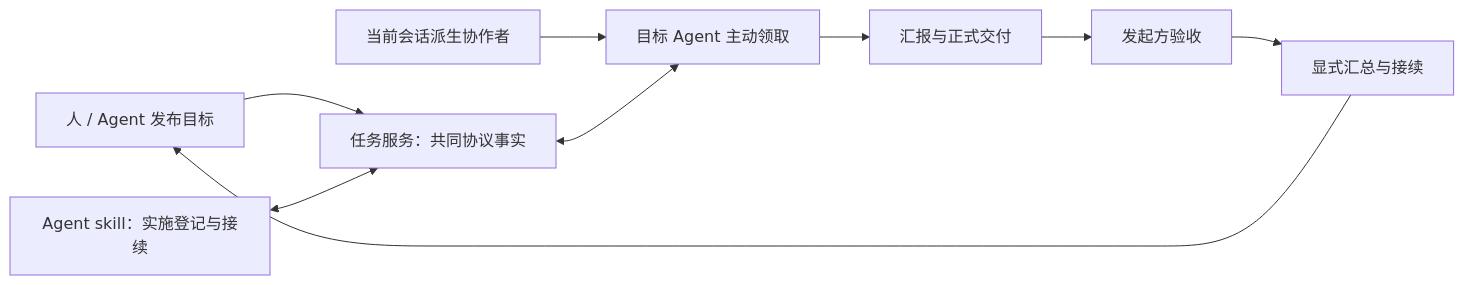
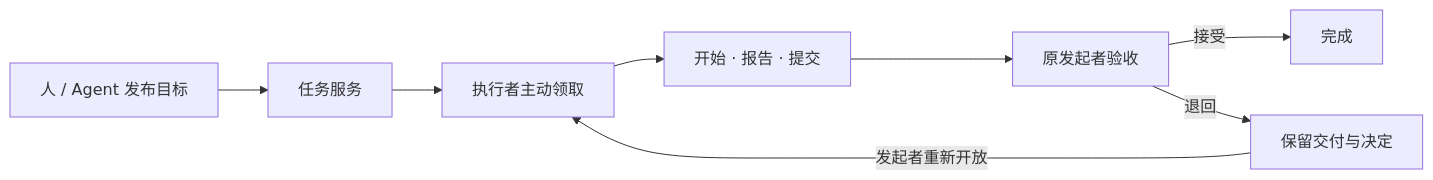
One commit to Csneer/task-ledger-demo changed the diagram in README.md. Above: the diagram before and after it, drawn with Mermaid. The commit also changed other lines of this file and 5 other files, not shown here.

````diff
--- a/README.md
+++ b/README.md
@@ -24,11 +25,10 @@
 ```mermaid
 flowchart LR
-    P["人 / Agent 发布目标"] --> T["任务服务：共同协议事实"]
-    S["Agent skill：实施登记与接续"] <--> T
-    C["当前会话派生协作者"] --> A["目标 Agent 主动领取"]
-    T <--> A
-    A --> R["汇报与正式交付"]
-    R --> D["发起方验收"]
-    D --> H["显式汇总与接续"]
-    H --> P
+    P["人 / Agent 发布目标"] --> T["任务服务"]
+    T --> C["执行者主动领取"]
+    C --> R["开始 · 报告 · 提交"]
+    R --> D["原发起者验收"]
+    D -->|接受| F["完成"]
+    D -->|退回| W["保留交付与决定"]
+    W -->|发起者重新开放| C
 ```
````
